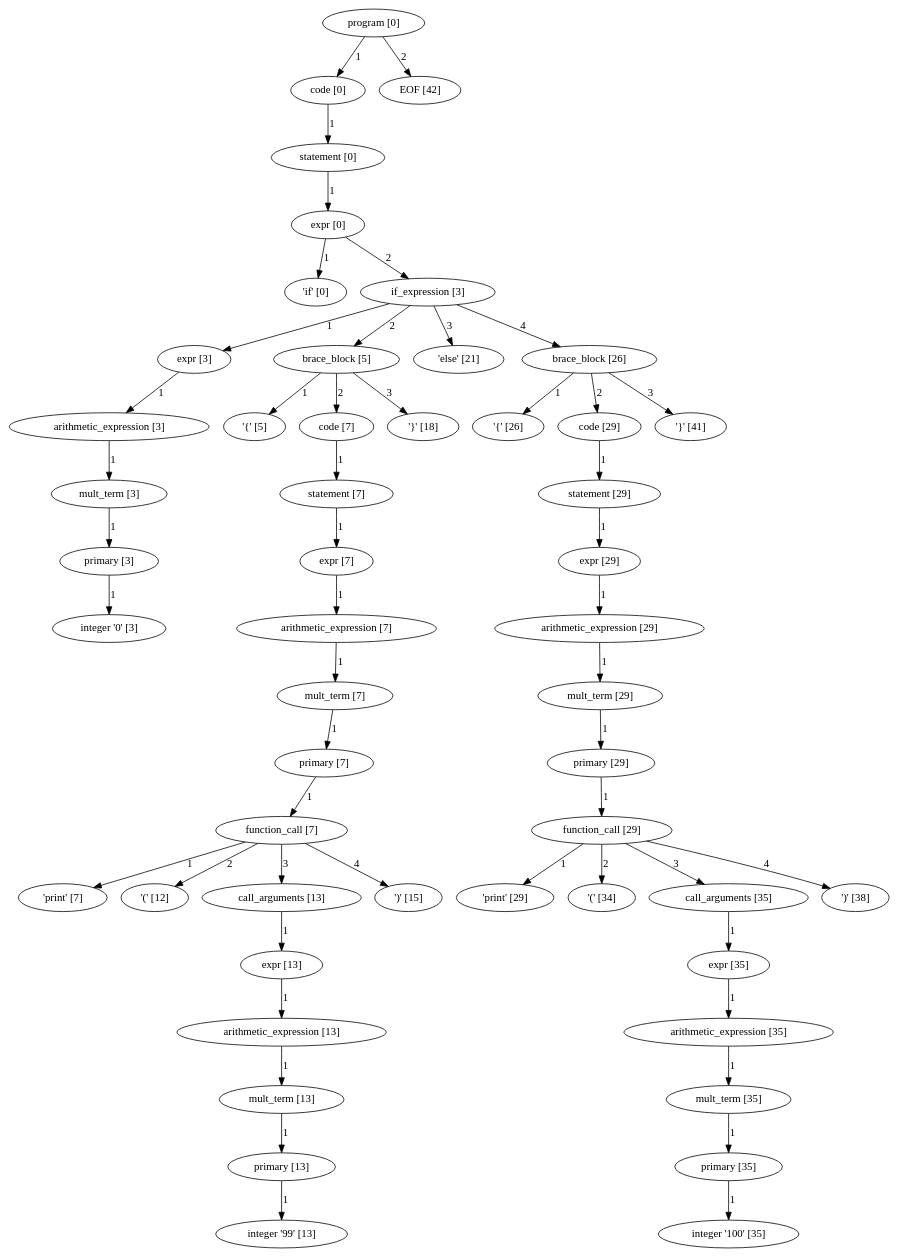
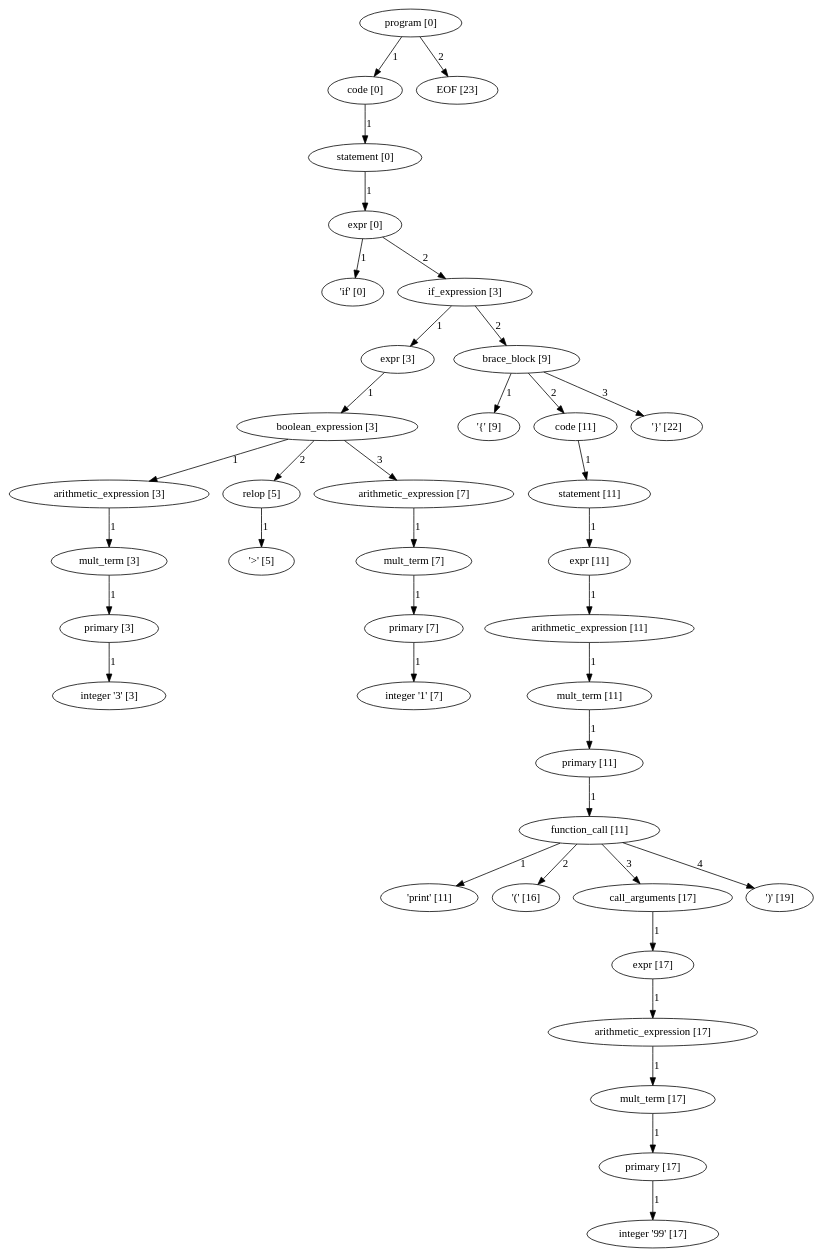
The diagram in my_parse_tree.dot (pragdave/cs3342_smurf), drawn with Graphviz before and after one commit. The commit also changed 7 other files, not shown here.

```diff
--- a/my_parse_tree.dot
+++ b/my_parse_tree.dot
@@ -1,153 +1,114 @@
 digraph arpeggio_graph {
-4384110272 [label="program [0]"];
-4384110272->4384110144 [label="1"]
+4325907776 [label="program [0]"];
+4325907776->4325907904 [label="1"]
 
-4384110144 [label="code [0]"];
-4384110144->4384552640 [label="1"]
+4325907904 [label="code [0]"];
+4325907904->4325908032 [label="1"]
 
-4384552640 [label="statement [0]"];
-4384552640->4384552512 [label="1"]
+4325908032 [label="statement [0]"];
+4325908032->4325908160 [label="1"]
 
-4384552512 [label="expr [0]"];
-4384552512->4383972592 [label="1"]
+4325908160 [label="expr [0]"];
+4325908160->4325694480 [label="1"]
 
-4383972592 [label=" 'if' [0]"];
-4384552512->4384552384 [label="2"]
+4325694480 [label=" 'if' [0]"];
+4325908160->4325908288 [label="2"]
 
-4384552384 [label="if_expression [3]"];
-4384552384->4384111040 [label="1"]
+4325908288 [label="if_expression [3]"];
+4325908288->4325906624 [label="1"]
 
-4384111040 [label="expr [3]"];
-4384111040->4384110912 [label="1"]
+4325906624 [label="expr [3]"];
+4325906624->4325906496 [label="1"]
 
-4384110912 [label="arithmetic_expression [3]"];
-4384110912->4384110784 [label="1"]
+4325906496 [label="boolean_expression [3]"];
+4325906496->4325905856 [label="1"]
 
-4384110784 [label="mult_term [3]"];
-4384110784->4384110656 [label="1"]
+4325905856 [label="arithmetic_expression [3]"];
+4325905856->4325905728 [label="1"]
 
-4384110656 [label="primary [3]"];
-4384110656->4384240464 [label="1"]
+4325905728 [label="mult_term [3]"];
+4325905728->4325905600 [label="1"]
 
-4384240464 [label="integer '0' [3]"];
-4384552384->4384947648 [label="2"]
+4325905600 [label="primary [3]"];
+4325905600->4325695376 [label="1"]
 
-4384947648 [label="brace_block [5]"];
-4384947648->4384240576 [label="1"]
+4325695376 [label="integer '3' [3]"];
+4325906496->4325905984 [label="2"]
 
-4384240576 [label=" '{' [5]"];
-4384947648->4384947520 [label="2"]
+4325905984 [label="relop [5]"];
+4325905984->4326031424 [label="1"]
 
-4384947520 [label="code [7]"];
-4384947520->4384947392 [label="1"]
+4326031424 [label=" '>' [5]"];
+4325906496->4325906368 [label="3"]
 
-4384947392 [label="statement [7]"];
-4384947392->4384947264 [label="1"]
+4325906368 [label="arithmetic_expression [7]"];
+4325906368->4325906240 [label="1"]
 
-4384947264 [label="expr [7]"];
-4384947264->4384947136 [label="1"]
+4325906240 [label="mult_term [7]"];
+4325906240->4325905472 [label="1"]
 
-4384947136 [label="arithmetic_expression [7]"];
-4384947136->4384947008 [label="1"]
+4325905472 [label="primary [7]"];
+4325905472->4325695040 [label="1"]
 
-4384947008 [label="mult_term [7]"];
-4384947008->4384946880 [label="1"]
+4325695040 [label="integer '1' [7]"];
+4325908288->4327047360 [label="2"]
 
-4384946880 [label="primary [7]"];
-4384946880->4384946752 [label="1"]
+4327047360 [label="brace_block [9]"];
+4327047360->4326031760 [label="1"]
 
-4384946752 [label="function_call [7]"];
-4384946752->4384928480 [label="1"]
+4326031760 [label=" '{' [9]"];
+4327047360->4327047232 [label="2"]
 
-4384928480 [label=" 'print' [7]"];
-4384946752->4384928592 [label="2"]
+4327047232 [label="code [11]"];
+4327047232->4326723392 [label="1"]
 
-4384928592 [label=" '(' [12]"];
-4384946752->4384946624 [label="3"]
+4326723392 [label="statement [11]"];
+4326723392->4326723264 [label="1"]
 
-4384946624 [label="call_arguments [13]"];
-4384946624->4384946496 [label="1"]
+4326723264 [label="expr [11]"];
+4326723264->4326723136 [label="1"]
 
-4384946496 [label="expr [13]"];
-4384946496->4384946368 [label="1"]
+4326723136 [label="arithmetic_expression [11]"];
+4326723136->4326723008 [label="1"]
 
-4384946368 [label="arithmetic_expression [13]"];
-4384946368->4384946240 [label="1"]
+4326723008 [label="mult_term [11]"];
+4326723008->4326722880 [label="1"]
 
-4384946240 [label="mult_term [13]"];
-4384946240->4384946112 [label="1"]
+4326722880 [label="primary [11]"];
+4326722880->4326722752 [label="1"]
 
-4384946112 [label="primary [13]"];
-4384946112->4384930384 [label="1"]
+4326722752 [label="function_call [11]"];
+4326722752->4326716464 [label="1"]
 
-4384930384 [label="integer '99' [13]"];
-4384946752->4384930496 [label="4"]
+4326716464 [label=" 'print' [11]"];
+4326722752->4326716576 [label="2"]
 
-4384930496 [label=" ')' [15]"];
-4384947648->4384930608 [label="3"]
+4326716576 [label=" '(' [16]"];
+4326722752->4326722624 [label="3"]
 
-4384930608 [label=" '}' [18]"];
-4384552384->4384930720 [label="3"]
+4326722624 [label="call_arguments [17]"];
+4326722624->4326722496 [label="1"]
 
-4384930720 [label=" 'else' [21]"];
-4384552384->4384552256 [label="4"]
+4326722496 [label="expr [17]"];
+4326722496->4326722368 [label="1"]
 
-4384552256 [label="brace_block [26]"];
-4384552256->4384930832 [label="1"]
+4326722368 [label="arithmetic_expression [17]"];
+4326722368->4326722240 [label="1"]
 
-4384930832 [label=" '{' [26]"];
-4384552256->4384552128 [label="2"]
+4326722240 [label="mult_term [17]"];
+4326722240->4326722112 [label="1"]
 
-4384552128 [label="code [29]"];
-4384552128->4384552000 [label="1"]
+4326722112 [label="primary [17]"];
+4326722112->4326718368 [label="1"]
 
-4384552000 [label="statement [29]"];
-4384552000->4384551872 [label="1"]
+4326718368 [label="integer '99' [17]"];
+4326722752->4326718480 [label="4"]
 
-4384551872 [label="expr [29]"];
-4384551872->4384551744 [label="1"]
+4326718480 [label=" ')' [19]"];
+4327047360->4326718592 [label="3"]
 
-4384551744 [label="arithmetic_expression [29]"];
-4384551744->4384551616 [label="1"]
+4326718592 [label=" '}' [22]"];
+4325907776->4325694816 [label="2"]
 
-4384551616 [label="mult_term [29]"];
-4384551616->4384551488 [label="1"]
-
-4384551488 [label="primary [29]"];
-4384551488->4384551360 [label="1"]
-
-4384551360 [label="function_call [29]"];
-4384551360->4384880224 [label="1"]
-
-4384880224 [label=" 'print' [29]"];
-4384551360->4384880336 [label="2"]
-
-4384880336 [label=" '(' [34]"];
-4384551360->4384551232 [label="3"]
-
-4384551232 [label="call_arguments [35]"];
-4384551232->4384551104 [label="1"]
-
-4384551104 [label="expr [35]"];
-4384551104->4384550976 [label="1"]
-
-4384550976 [label="arithmetic_expression [35]"];
-4384550976->4384878400 [label="1"]
-
-4384878400 [label="mult_term [35]"];
-4384878400->4384878272 [label="1"]
-
-4384878272 [label="primary [35]"];
-4384878272->4384882128 [label="1"]
-
-4384882128 [label="integer '100' [35]"];
-4384551360->4384882240 [label="4"]
-
-4384882240 [label=" ')' [38]"];
-4384552256->4384882352 [label="3"]
-
-4384882352 [label=" '}' [41]"];
-4384110272->4383973264 [label="2"]
-
-4383973264 [label="EOF [42]"];
+4325694816 [label="EOF [23]"];
 }
```
